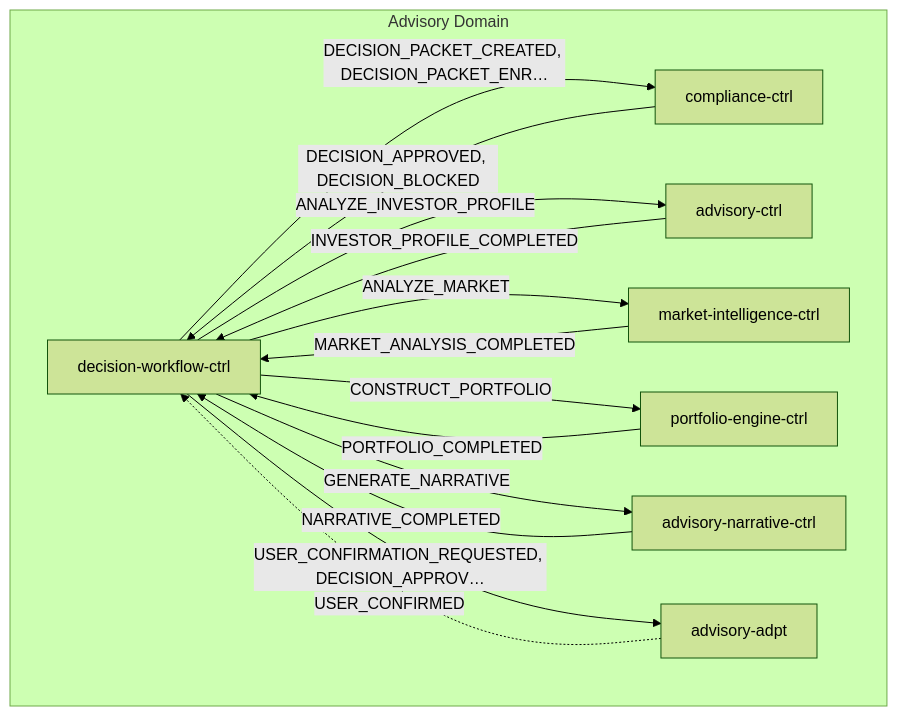
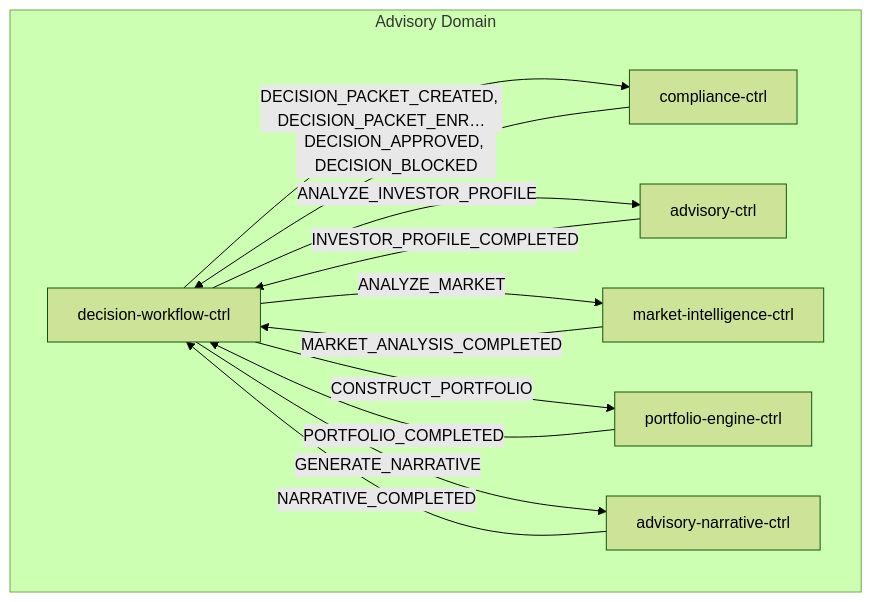
One commit to fabio-vitali/nestfolio changed the first of 2 diagrams in docs/data-flows/advisory-cycle.md. Above: the diagram before and after it, drawn with Mermaid (forest theme). The commit also changed other lines of this file and 19 other files, not shown here.

First line of the commit message:
docs(flows): update flow specs and schema for pull model adapter routing

````diff
--- a/docs/data-flows/advisory-cycle.md
+++ b/docs/data-flows/advisory-cycle.md
@@ -11,24 +11,21 @@
 ```mermaid
 flowchart TD
     subgraph advisory["Advisory Domain"]
         decision_workflow_ctrl["decision-workflow-ctrl"]
         advisory_ctrl["advisory-ctrl"]
         market_intelligence_ctrl["market-intelligence-ctrl"]
         portfolio_engine_ctrl["portfolio-engine-ctrl"]
         advisory_narrative_ctrl["advisory-narrative-ctrl"]
         compliance_ctrl["compliance-ctrl"]
-        advisory_adpt["advisory-adpt"]
     end
     decision_workflow_ctrl -->|"DECISION_PACKET_CREATED, DECISION_PACKET_ENR…"| compliance_ctrl
     decision_workflow_ctrl -->|"ANALYZE_INVESTOR_PROFILE"| advisory_ctrl
     decision_workflow_ctrl -->|"ANALYZE_MARKET"| market_intelligence_ctrl
     decision_workflow_ctrl -->|"CONSTRUCT_PORTFOLIO"| portfolio_engine_ctrl
     decision_workflow_ctrl -->|"GENERATE_NARRATIVE"| advisory_narrative_ctrl
     advisory_ctrl -->|"INVESTOR_PROFILE_COMPLETED"| decision_workflow_ctrl
     market_intelligence_ctrl -->|"MARKET_ANALYSIS_COMPLETED"| decision_workflow_ctrl
     portfolio_engine_ctrl -->|"PORTFOLIO_COMPLETED"| decision_workflow_ctrl
     advisory_narrative_ctrl -->|"NARRATIVE_COMPLETED"| decision_workflow_ctrl
     compliance_ctrl -->|"DECISION_APPROVED, DECISION_BLOCKED"| decision_workflow_ctrl
-    decision_workflow_ctrl -->|"USER_CONFIRMATION_REQUESTED, DECISION_APPROV…"| advisory_adpt
-    advisory_adpt -.->|"USER_CONFIRMED"| decision_workflow_ctrl
 ```
````
